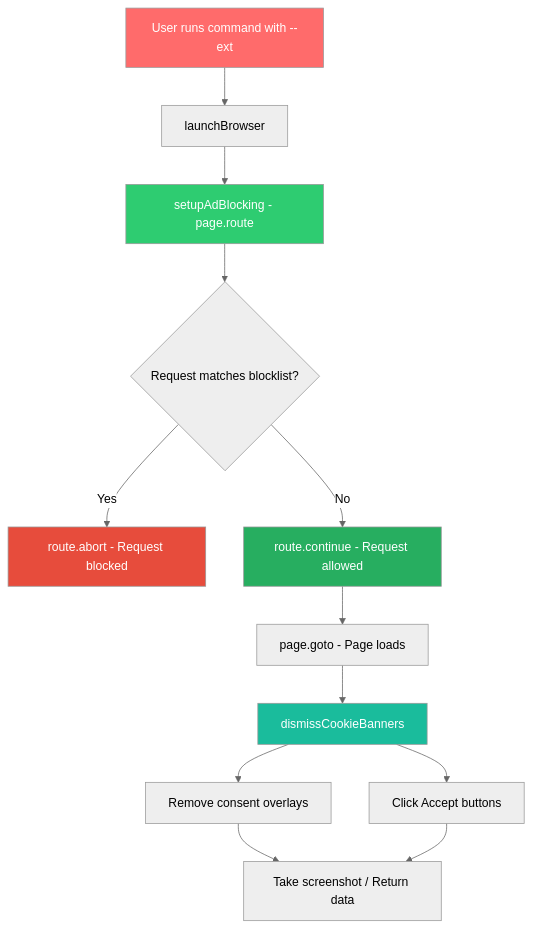
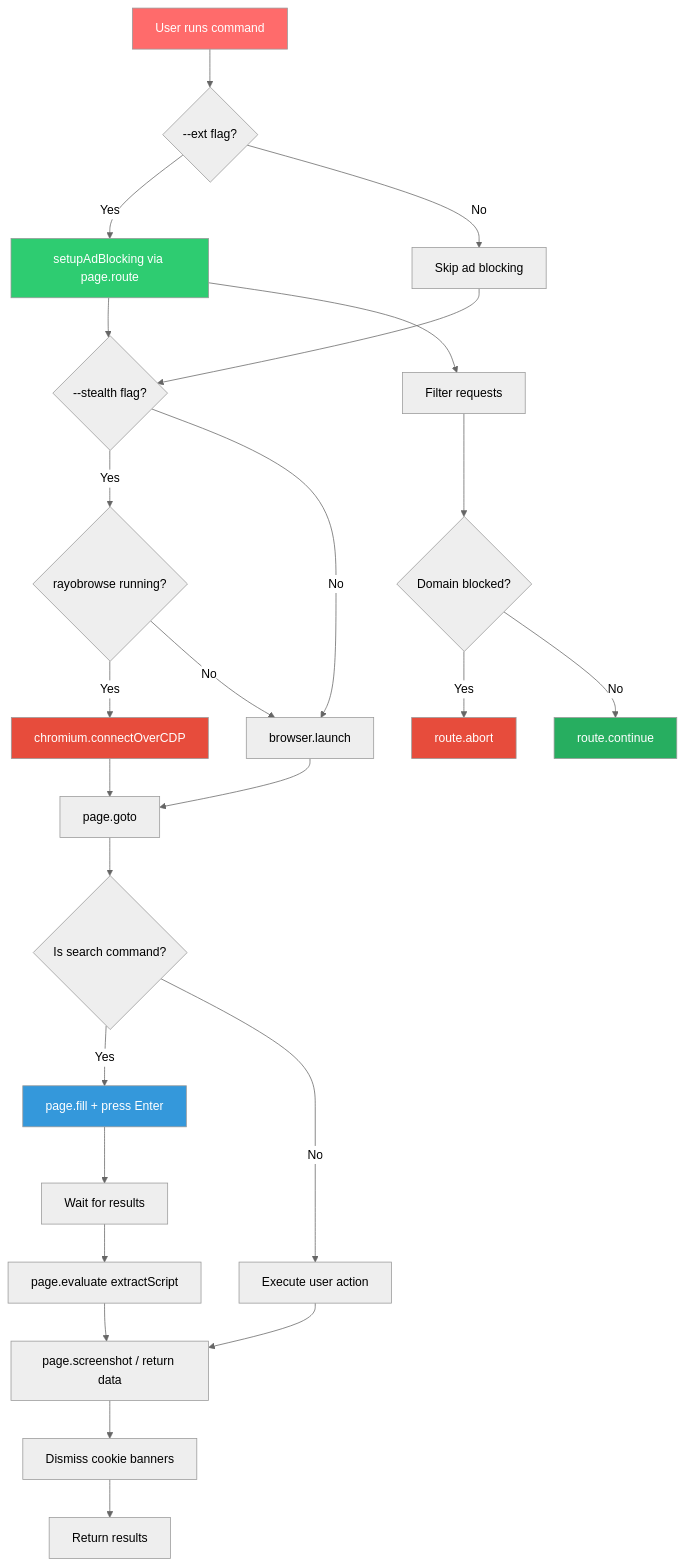
One commit to marceli1404/system-automation changed the seventh of 7 diagrams in README.md. Above: the diagram before and after it, drawn with Mermaid (neutral theme). The commit also changed other lines of this file and 2 other files, not shown here.

Commit message:
Add site search with data extraction, redo Mermaid diagrams, add resource links

````diff
--- a/README.md
+++ b/README.md
@@ -413,20 +468,34 @@
 ```mermaid
 flowchart TD
-    A[User runs command with --ext] --> B[launchBrowser]
-    B --> C[setupAdBlocking - page.route]
-    C --> D{Request matches blocklist?}
-    D -->|Yes| E[route.abort - Request blocked]
-    D -->|No| F[route.continue - Request allowed]
-    F --> G[page.goto - Page loads]
-    G --> H[dismissCookieBanners]
-    H --> I[Remove consent overlays]
-    H --> J[Click Accept buttons]
-    I --> K[Take screenshot / Return data]
-    J --> K
+    A[User runs command] --> B{--ext flag?}
+    B -->|Yes| C[setupAdBlocking via page.route]
+    B -->|No| D[Skip ad blocking]
+    C --> E{--stealth flag?}
+    D --> E
+    E -->|Yes| F{rayobrowse running?}
+    E -->|No| G[browser.launch]
+    F -->|Yes| H[chromium.connectOverCDP]
+    F -->|No| G
+    H --> I[page.goto]
+    G --> I
+    I --> J{Is search command?}
+    J -->|Yes| K[page.fill + press Enter]
+    J -->|No| L[Execute user action]
+    K --> M[Wait for results]
+    M --> N[page.evaluate extractScript]
+    L --> O[page.screenshot / return data]
+    N --> O
+    C --> P[Filter requests]
+    P --> Q{Domain blocked?}
+    Q -->|Yes| R[route.abort]
+    Q -->|No| S[route.continue]
+    O --> T[Dismiss cookie banners]
+    T --> U[Return results]
 
     style A fill:#ff6b6b,color:white
     style C fill:#2ecc71,color:white
-    style E fill:#e74c3c,color:white
-    style F fill:#27ae60,color:white
-    style H fill:#1abc9c,color:white
+    style H fill:#e74c3c,color:white
+    style K fill:#3498db,color:white
+    style R fill:#e74c3c,color:white
+    style S fill:#27ae60,color:white
 ```
````
